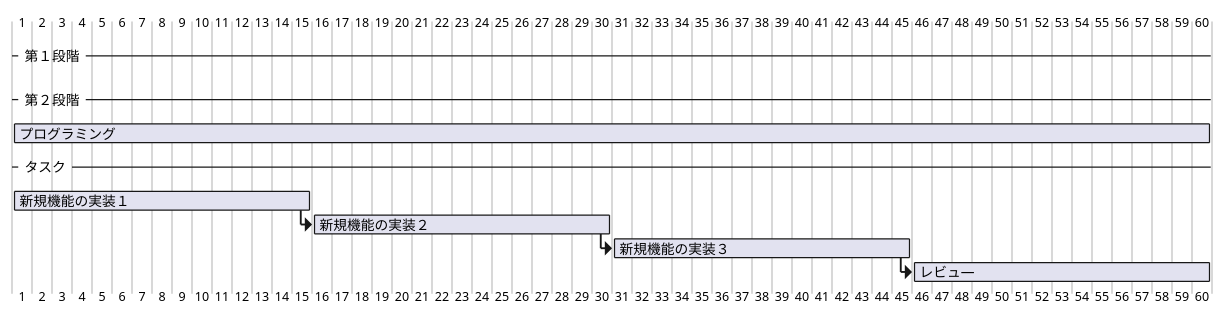
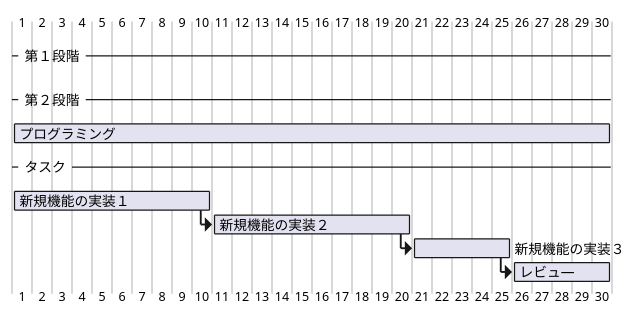
Before and after one commit to code-10157/asp.net_core_ver.2: the ninth of 11 diagrams in asp_projects/documents/7.要件定義/TaskList-API_BRD.md, drawn with PlantUML. The commit also changed other lines of this file, not shown here.

````diff
--- a/asp_projects/documents/7.要件定義/TaskList-API_BRD.md
+++ b/asp_projects/documents/7.要件定義/TaskList-API_BRD.md
@@ -159,12 +185,12 @@
   ``` plantuml
   @startgantt
   -- 第１段階 --
   -- 第２段階 --
-  [プログラミング] lasts 60 days
+  [プログラミング] lasts 30 days
   -- タスク --
-  [新規機能の実装１] lasts 15 days
-  then [新規機能の実装２] lasts 15 days
-  then [新規機能の実装３] lasts 15 days
-  then [レビュ―] lasts 15 days
+  [新規機能の実装１] lasts 10 days
+  then [新規機能の実装２] lasts 10 days
+  then [新規機能の実装３] lasts 5 days
+  then [レビュ―] lasts 5 days
   @endgantt
   ```
````
